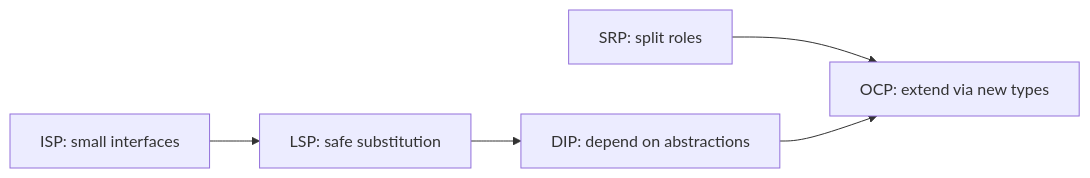
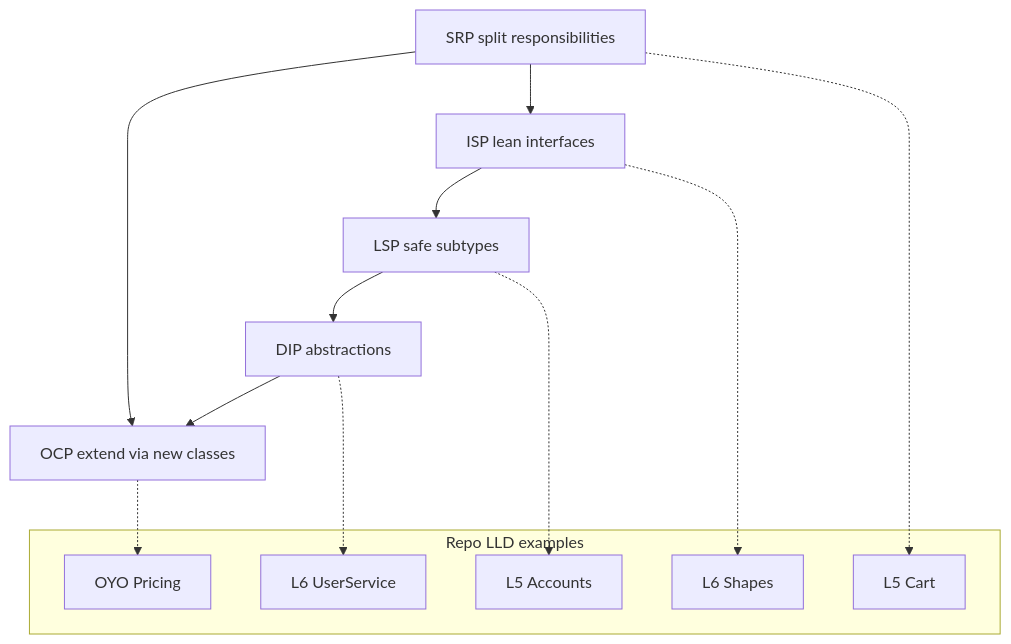
Diagram 11 of 17 in SOLID.md (subhm2004/LLD), drawn with Mermaid before and after one commit. The commit also changed other lines of this file and 2 other files, not shown here.

````diff
--- a/SOLID.md
+++ b/SOLID.md
@@ -562,7 +717,28 @@
 ```mermaid
-flowchart LR
-    SRP[SRP: split roles] --> OCP[OCP: extend via new types]
-    ISP[ISP: small interfaces] --> LSP[LSP: safe substitution]
-    DIP[DIP: depend on abstractions] --> OCP
+flowchart TB
+    SRP[SRP split responsibilities]
+    OCP[OCP extend via new classes]
+    LSP[LSP safe subtypes]
+    ISP[ISP lean interfaces]
+    DIP[DIP abstractions]
+
+    SRP --> OCP
+    ISP --> LSP
     LSP --> DIP
+    DIP --> OCP
+    SRP --> ISP
+
+    subgraph projects [Repo LLD examples]
+        P1[L5 Cart]
+        P2[OYO Pricing]
+        P3[L5 Accounts]
+        P4[L6 Shapes]
+        P5[L6 UserService]
+    end
+
+    SRP -.-> P1
+    OCP -.-> P2
+    LSP -.-> P3
+    ISP -.-> P4
+    DIP -.-> P5
 ```
````
